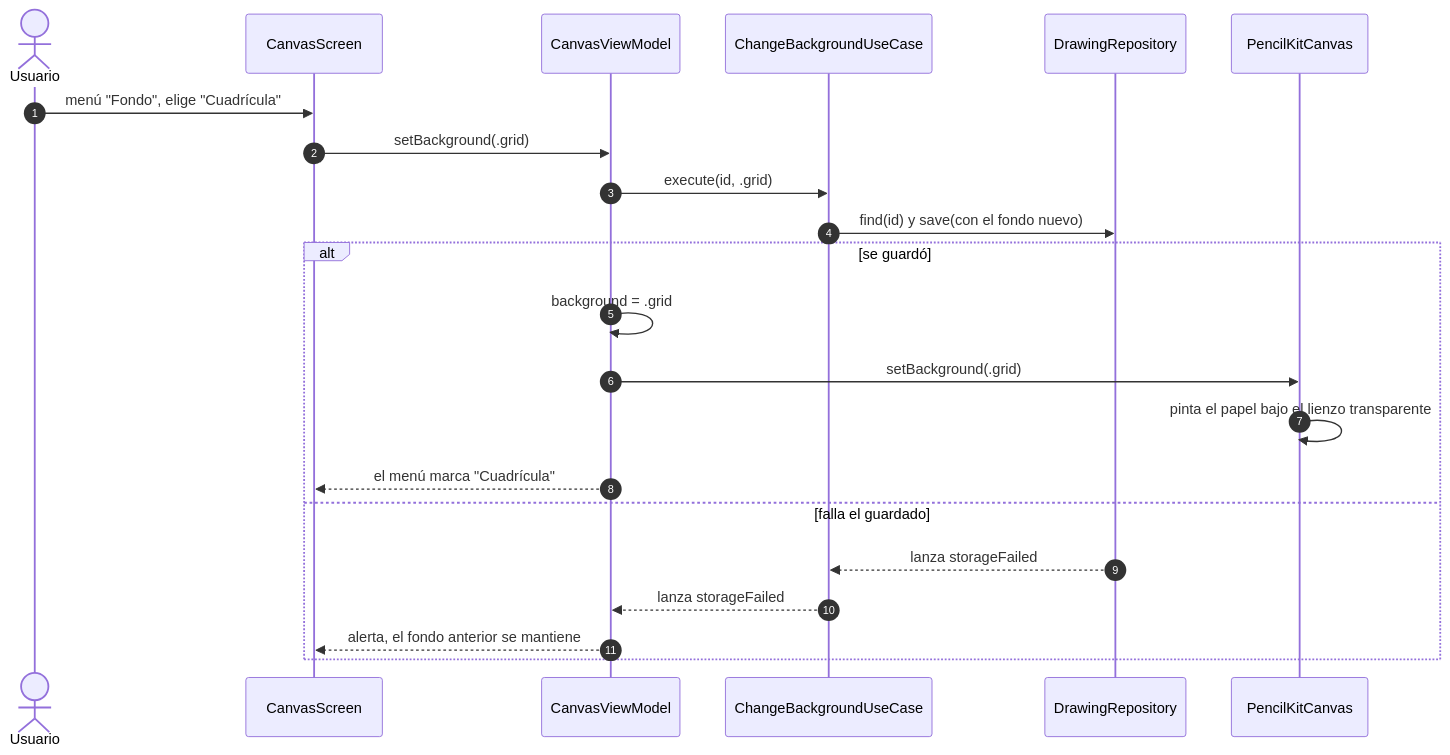
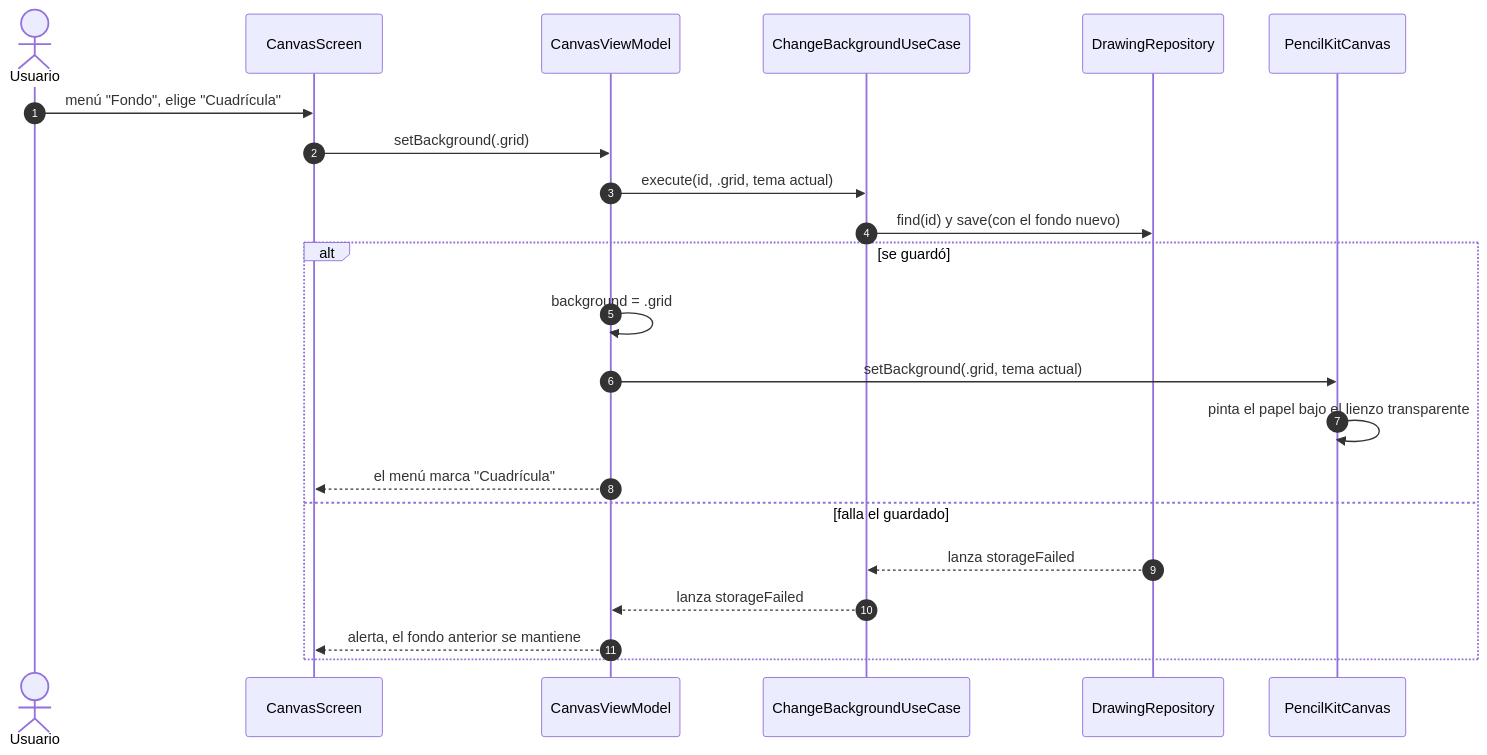
Before and after one commit to jhonjairo6230/DrawPad: the eighth of 9 diagrams in docs/arquitectura.md, drawn with Mermaid. The commit also changed other lines of this file and 21 other files, not shown here.

````diff
--- a/docs/arquitectura.md
+++ b/docs/arquitectura.md
@@ -440,25 +448,25 @@
 ```mermaid
 sequenceDiagram
     autonumber
     actor U as Usuario
     participant V as CanvasScreen
     participant VM as CanvasViewModel
     participant UC as ChangeBackgroundUseCase
     participant R as DrawingRepository
     participant K as PencilKitCanvas
 
     U->>V: menú "Fondo", elige "Cuadrícula"
     V->>VM: setBackground(.grid)
-    VM->>UC: execute(id, .grid)
+    VM->>UC: execute(id, .grid, tema actual)
     UC->>R: find(id) y save(con el fondo nuevo)
     alt se guardó
         VM->>VM: background = .grid
-        VM->>K: setBackground(.grid)
+        VM->>K: setBackground(.grid, tema actual)
         K->>K: pinta el papel bajo el lienzo transparente
         VM-->>V: el menú marca "Cuadrícula"
     else falla el guardado
         R-->>UC: lanza storageFailed
         UC-->>VM: lanza storageFailed
         VM-->>V: alerta, el fondo anterior se mantiene
     end
 ```
````
